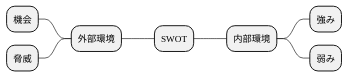
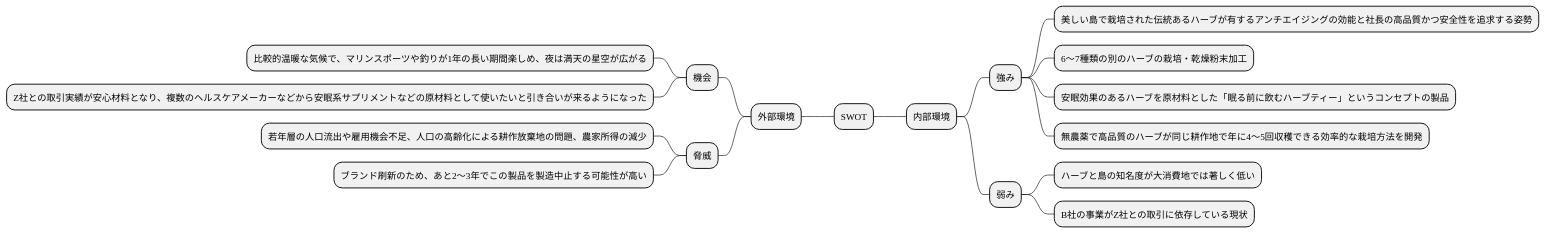
One commit to k2works/requirements_definition_excercise changed the third of 12 diagrams in docs/R02/study/study_2_take01.md. Above: the diagram before and after it, drawn with PlantUML. The commit also changed other lines of this file, not shown here.

````diff
--- a/docs/R02/study/study_2_take01.md
+++ b/docs/R02/study/study_2_take01.md
@@ -72,11 +101,23 @@
 ```plantuml
 @startmindmap
+
 * SWOT
 -- 外部環境
 --- 機会
+---- 比較的温暖な気候で、マリンスポーツや釣りが1年の長い期間楽しめ、夜は満天の星空が広がる
+---- Z社との取引実績が安心材料となり、複数のヘルスケアメーカーなどから安眠系サプリメントなどの原材料として使いたいと引き合いが来るようになった
 --- 脅威
+---- 若年層の人口流出や雇用機会不足、人口の高齢化による耕作放棄地の問題、農家所得の減少
+---- ブランド刷新のため、あと2～3年でこの製品を製造中止する可能性が高い
 ** 内部環境
 *** 強み
+**** 美しい島で栽培された伝統あるハーブが有するアンチエイジングの効能と社長の高品質かつ安全性を追求する姿勢
+**** 6～7種類の別のハーブの栽培・乾燥粉末加工
+**** 安眠効果のあるハーブを原材料とした「眠る前に飲むハーブティー」というコンセプトの製品
+**** 無農薬で高品質のハーブが同じ耕作地で年に4～5回収穫できる効率的な栽培方法を開発
 *** 弱み
+**** ハーブと島の知名度が大消費地では著しく低い
+**** B社の事業がZ社との取引に依存している現状
+
 @endmindmap
 ```
````
